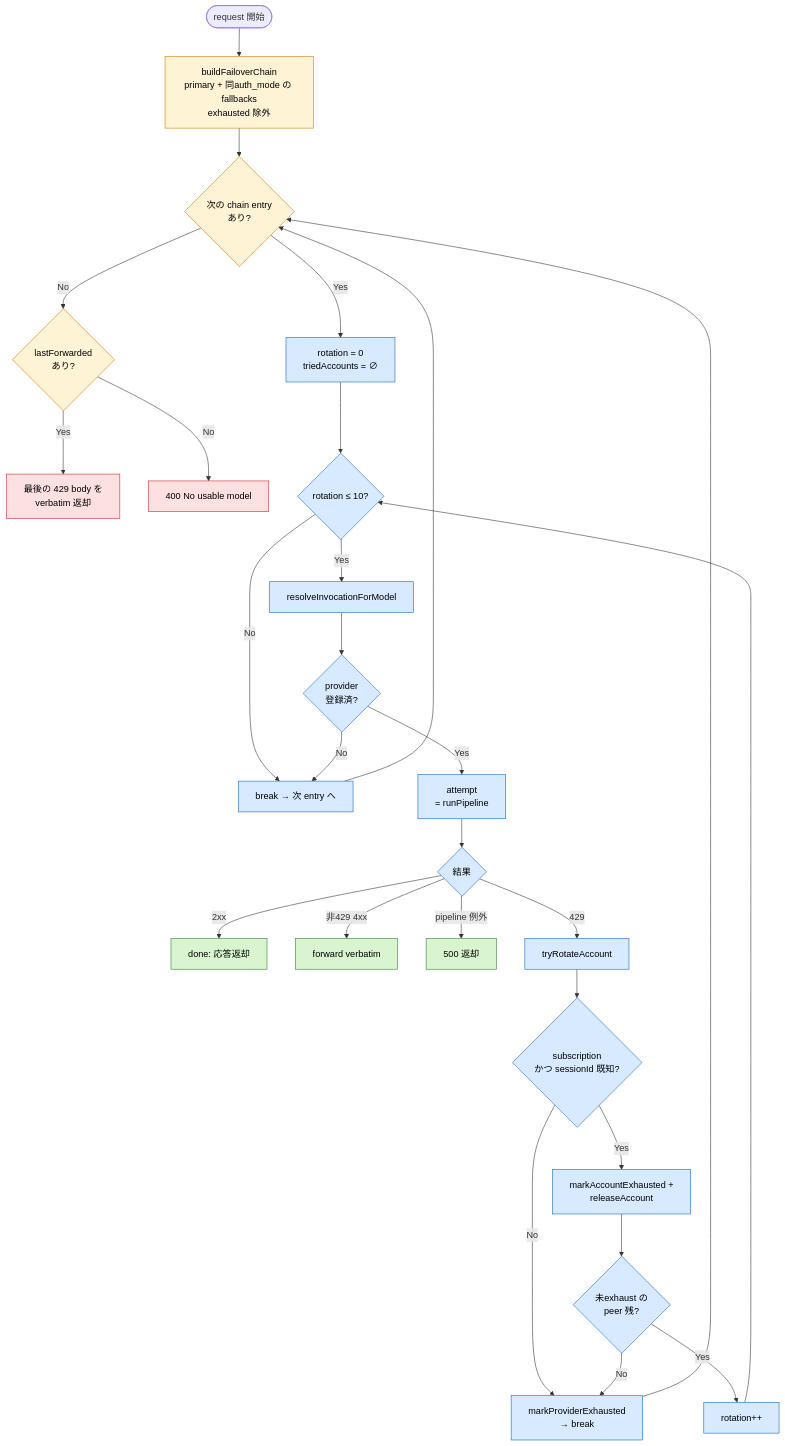
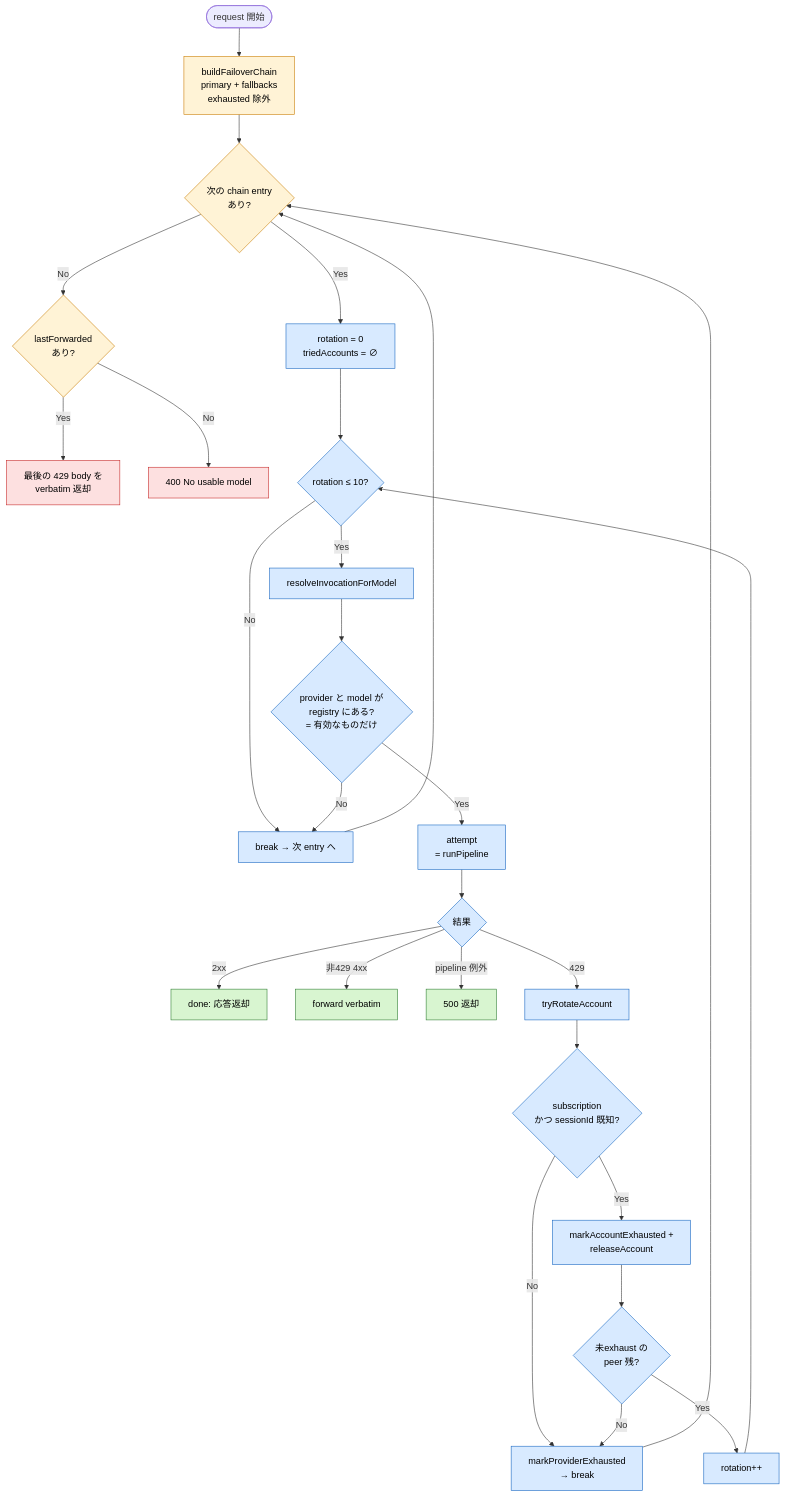
The fourth of 12 diagrams in docs/architecture/pipeline-overview.md (tkgstrator/rialto), drawn with Mermaid before and after one commit. The commit also changed other lines of this file and 137 other files, not shown here.

````diff
--- a/docs/architecture/pipeline-overview.md
+++ b/docs/architecture/pipeline-overview.md
@@ -150,38 +150,38 @@
 ```mermaid
 flowchart TD
   classDef outer fill:#fff3d6,stroke:#c97c00,color:#000
   classDef inner fill:#d8eaff,stroke:#1565c0,color:#000
   classDef terminal fill:#d8f5d0,stroke:#2e7d32,color:#000
   classDef fail fill:#fde0e0,stroke:#c62828,color:#000
 
-  START([request 開始]) --> BC[buildFailoverChain<br/>primary + 同auth_mode の fallbacks<br/>exhausted 除外]
+  START([request 開始]) --> BC[buildFailoverChain<br/>primary + fallbacks<br/>exhausted 除外]
   BC --> OUTER{次の chain entry<br/>あり?}
   OUTER -- No --> FINAL{lastForwarded<br/>あり?}
   FINAL -- Yes --> R429[最後の 429 body を<br/>verbatim 返却]:::fail
   FINAL -- No --> R400[400 No usable model]:::fail
 
   OUTER -- Yes --> INNERINIT[rotation = 0<br/>triedAccounts = ∅]
   INNERINIT --> ROTCHK{rotation ≤ 10?}
   ROTCHK -- No --> BREAK[break → 次 entry へ]
   ROTCHK -- Yes --> RI[resolveInvocationForModel]
-  RI --> RI1{provider<br/>登録済?}
+  RI --> RI1{provider と model が<br/>registry にある?<br/>= 有効なものだけ}
   RI1 -- No --> BREAK
   RI1 -- Yes --> ATT[attempt<br/>= runPipeline]
   ATT --> RES{結果}
   RES -- 2xx --> OK[done: 応答返却]:::terminal
   RES -- 非429 4xx --> FWD[forward verbatim]:::terminal
   RES -- pipeline 例外 --> PERR[500 返却]:::terminal
   RES -- 429 --> ROT[tryRotateAccount]
   ROT --> ROT1{subscription<br/>かつ sessionId 既知?}
   ROT1 -- No --> MK[markProviderExhausted<br/>→ break]
   ROT1 -- Yes --> MAEX[markAccountExhausted +<br/>releaseAccount]
   MAEX --> PEER{未exhaust の<br/>peer 残?}
   PEER -- No --> MK
   PEER -- Yes --> INC[rotation++]
   INC --> ROTCHK
   MK --> OUTER
   BREAK --> OUTER
 
   class BC,OUTER,FINAL outer
   class INNERINIT,ROTCHK,RI,RI1,ATT,RES,ROT,ROT1,MAEX,PEER,INC,MK,BREAK inner
 ```
````
